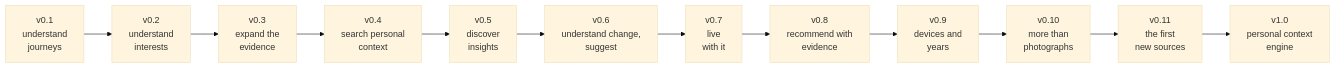
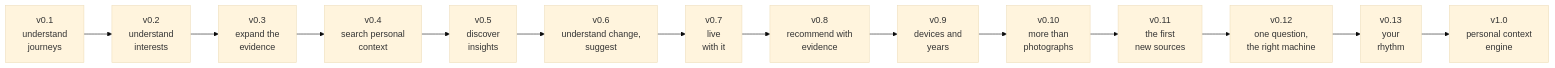
One commit to Nananananana/kiseki changed the fourth of 4 diagrams in README.md. Above: the diagram before and after it, drawn with Mermaid (base theme). The commit also changed other lines of this file and 5 other files, not shown here.

````diff
--- a/README.md
+++ b/README.md
@@ -369,14 +369,16 @@
 ```mermaid
 flowchart LR
     V1["v0.1<br/>understand<br/>journeys"] --> V2["v0.2<br/>understand<br/>interests"]
     V2 --> V3["v0.3<br/>expand the<br/>evidence"]
     V3 --> V4["v0.4<br/>search personal<br/>context"]
     V4 --> V5["v0.5<br/>discover<br/>insights"]
     V5 --> V6["v0.6<br/>understand change,<br/>suggest"]
     V6 --> V7["v0.7<br/>live<br/>with it"]
     V7 --> V8["v0.8<br/>recommend with<br/>evidence"]
     V8 --> V9["v0.9<br/>devices and<br/>years"]
     V9 --> S1["v0.10<br/>more than<br/>photographs"]
     S1 --> S2["v0.11<br/>the first<br/>new sources"]
-    S2 --> V10["v1.0<br/>personal context<br/>engine"]
+    S2 --> S3["v0.12<br/>one question,<br/>the right machine"]
+    S3 --> S4["v0.13<br/>your<br/>rhythm"]
+    S4 --> V10["v1.0<br/>personal context<br/>engine"]
 ```
````
